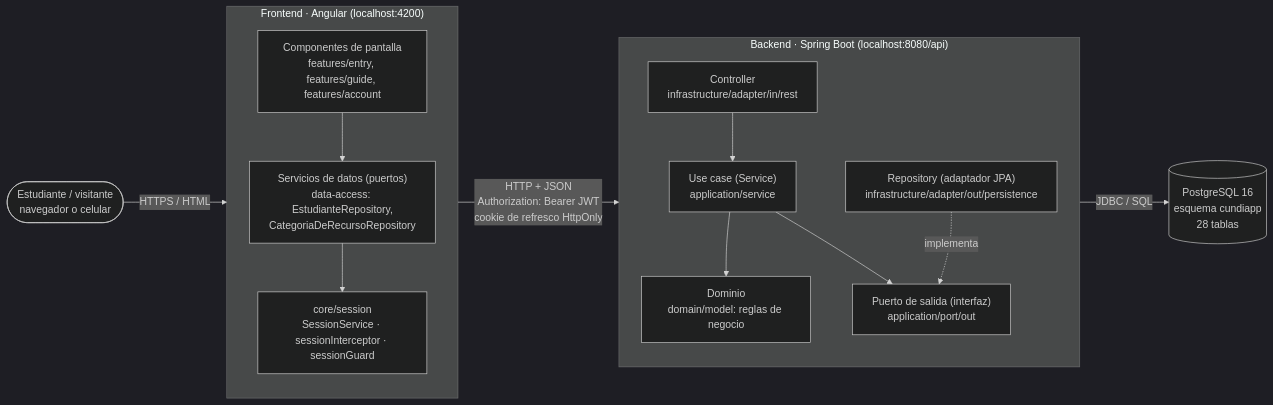
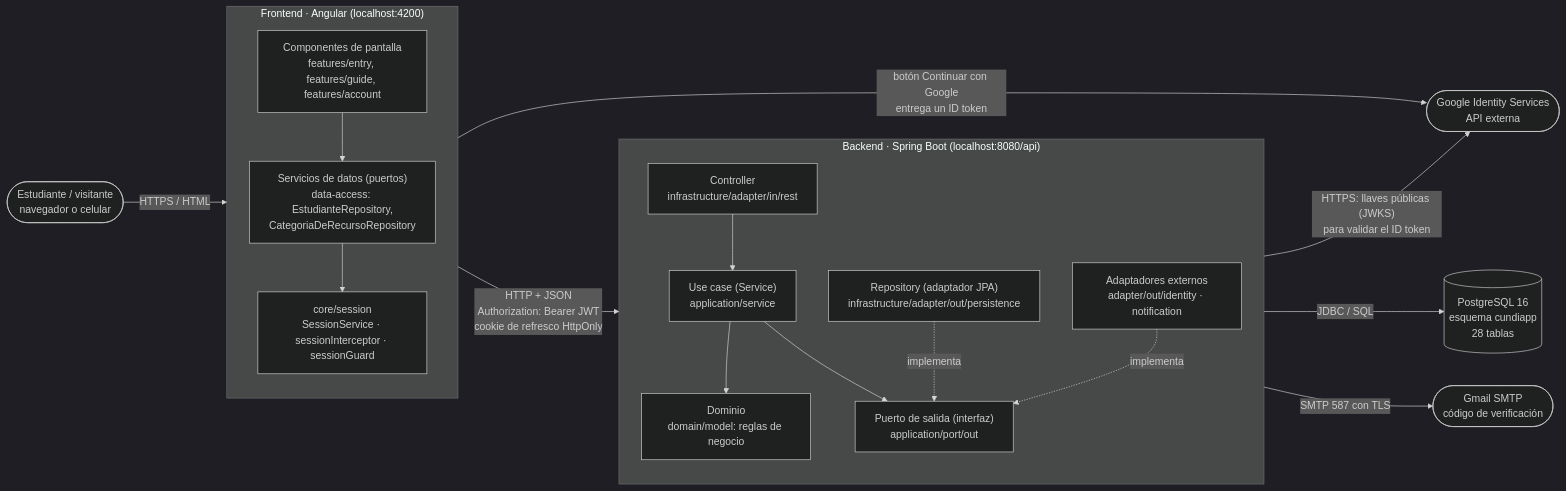
One commit to crst11/Backend changed the first of 2 diagrams in docs/review-1/architecture.md. Above: the diagram before and after it, drawn with Mermaid (dark theme). The commit also changed other lines of this file and 5 other files, not shown here.

Commit message:
docs(cuenta): Google como API externa en README, arquitectura, casos de uso y demo SCRUM-48

````diff
--- a/docs/review-1/architecture.md
+++ b/docs/review-1/architecture.md
@@ -15,30 +15,38 @@
 ```mermaid
 flowchart LR
     U(["Estudiante / visitante<br/>navegador o celular"])
 
     subgraph FE["Frontend · Angular (localhost:4200)"]
         direction TB
         C["Componentes de pantalla<br/>features/entry, features/guide, features/account"]
         R["Servicios de datos (puertos)<br/>data-access: EstudianteRepository,<br/>CategoriaDeRecursoRepository"]
         I["core/session<br/>SessionService · sessionInterceptor · sessionGuard"]
         C --> R --> I
     end
 
     subgraph BE["Backend · Spring Boot (localhost:8080/api)"]
         direction TB
         CT["Controller<br/>infrastructure/adapter/in/rest"]
         UC["Use case (Service)<br/>application/service"]
         DM["Dominio<br/>domain/model: reglas de negocio"]
         PO["Puerto de salida (interfaz)<br/>application/port/out"]
         AD["Repository (adaptador JPA)<br/>infrastructure/adapter/out/persistence"]
         CT --> UC --> DM
         UC --> PO
         AD -. implementa .-> PO
+        AX["Adaptadores externos<br/>adapter/out/identity · notification"]
+        AX -. implementa .-> PO
     end
+
+    GIS(["Google Identity Services<br/>API externa"])
+    MAIL(["Gmail SMTP<br/>código de verificación"])
 
     DB[("PostgreSQL 16<br/>esquema cundiapp<br/>28 tablas")]
 
     U -- "HTTPS / HTML" --> C
     I -- "HTTP + JSON<br/>Authorization: Bearer JWT<br/>cookie de refresco HttpOnly" --> CT
     AD -- "JDBC / SQL" --> DB
+    C -- "botón Continuar con Google<br/>entrega un ID token" --> GIS
+    AX -- "HTTPS: llaves públicas (JWKS)<br/>para validar el ID token" --> GIS
+    AX -- "SMTP 587 con TLS" --> MAIL
 ```
````
